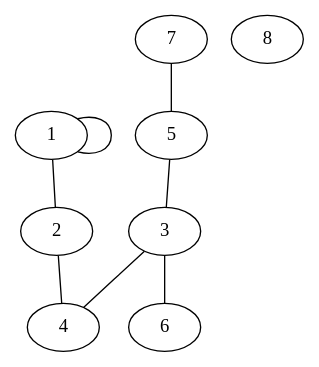
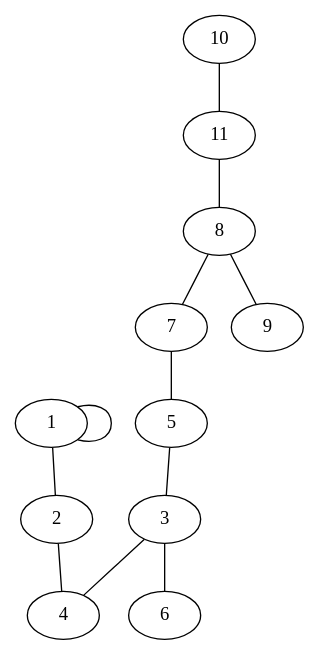
One commit to urbanrustic/MD changed the diagram in im.gv. Above: the diagram before and after it, drawn with Graphviz. The commit also changed 1 other file, not shown here.

```diff
--- a/im.gv
+++ b/im.gv
@@ -1,10 +1,13 @@
 graph {
+	1--2
 	1--1
-	1--2
 	2--4
 	3--4
 	7--5
 	5--3
 	3--6
-	8
+	8--7
+	8--9
+	11--8
+	10--11
 }
```
